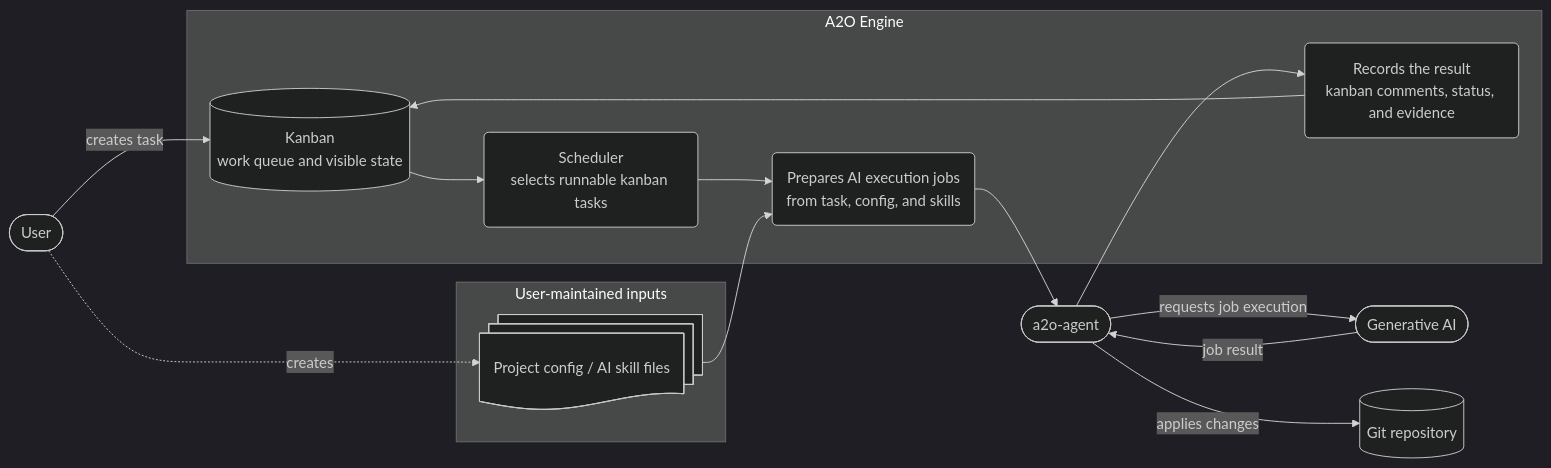
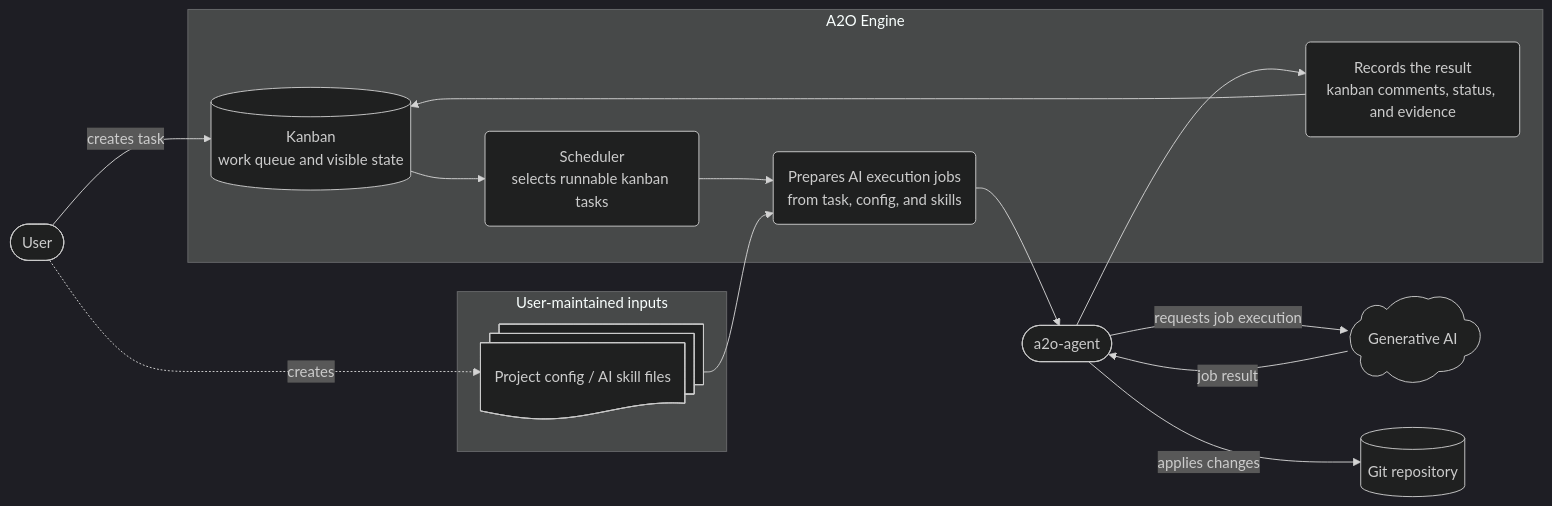
Before and after one commit to wamukat/a2o: the diagram in docs/en/dev/00-design-map.md, drawn with Mermaid (dark theme). The commit also changed 1 other file, not shown here.

Commit message:
A2O#89 Apply Mermaid shape syntax to all nodes

````diff
--- a/docs/en/dev/00-design-map.md
+++ b/docs/en/dev/00-design-map.md
@@ -14,31 +14,31 @@
 ```mermaid
 flowchart LR
-  User([User])
-  Agent([a2o-agent])
-  AI([Generative AI])
+  User@{ shape: stadium, label: "User" }
+  Agent@{ shape: stadium, label: "a2o-agent" }
+  AI@{ shape: cloud, label: "Generative AI" }
 
   subgraph Inputs["User-maintained inputs"]
     ProjectInputs@{ shape: docs, label: "Project config / AI skill files" }
   end
 
   subgraph Engine["A2O Engine"]
-    Kanban[(Kanban\nwork queue and visible state)]
-    Scheduler(Scheduler\nselects runnable kanban tasks)
-    Prepare(Prepares AI execution jobs\nfrom task, config, and skills)
-    Report(Records the result\nkanban comments, status, and evidence)
+    Kanban@{ shape: cyl, label: "Kanban\nwork queue and visible state" }
+    Scheduler@{ shape: rounded, label: "Scheduler\nselects runnable kanban tasks" }
+    Prepare@{ shape: rounded, label: "Prepares AI execution jobs\nfrom task, config, and skills" }
+    Report@{ shape: rounded, label: "Records the result\nkanban comments, status, and evidence" }
   end
 
-  Repository[(Git repository)]
+  Repository@{ shape: cyl, label: "Git repository" }
 
   User -->|"creates task"| Kanban
   User -.->|"creates"| ProjectInputs
   Kanban --> Scheduler
   Scheduler --> Prepare
   ProjectInputs --> Prepare
   Prepare --> Agent
   Agent -->|"requests job execution"| AI
   AI -->|"job result"| Agent
   Agent -->|"applies changes"| Repository
   Agent --> Report
   Report --> Kanban
 ```
````
